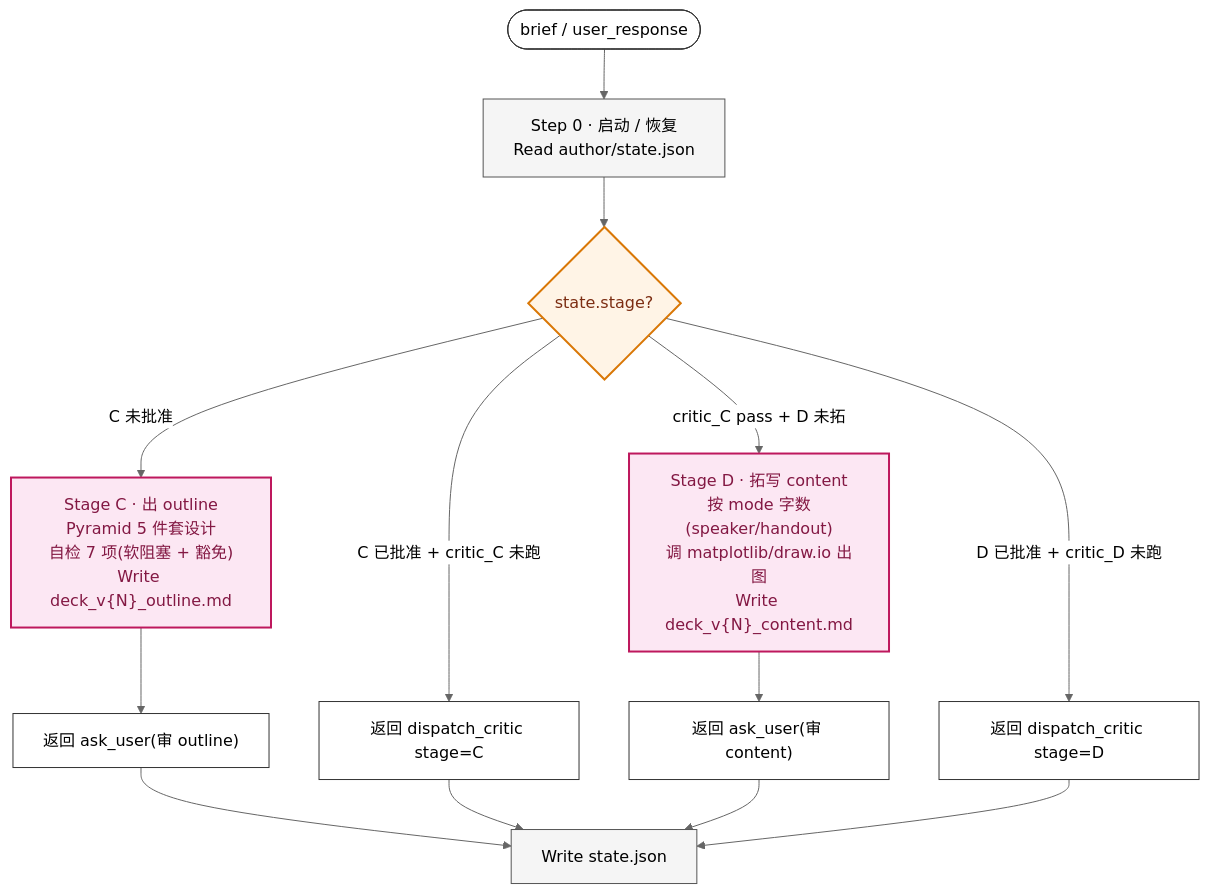
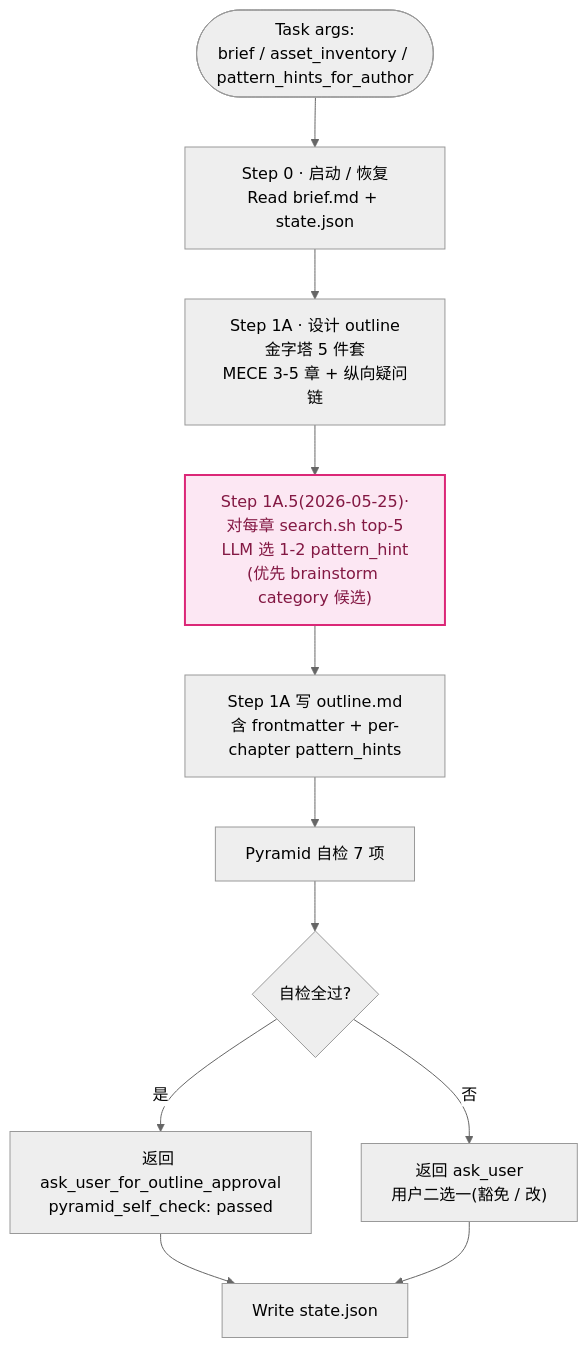
Before and after one commit to rogerluo2016ROL/iLovePPT: the seventh of 11 diagrams in docs/agent-internals.zh.md, drawn with Mermaid (neutral theme). The commit also changed other lines of this file, not shown here.

First line of the commit message:
docs(agent-internals): rewrite by capability axis (v2) + all flowcharts to mermaid

````diff
--- a/docs/agent-internals.zh.md
+++ b/docs/agent-internals.zh.md
@@ -181,24 +650,17 @@
 ```mermaid
 flowchart TB
-    I([brief / user_response]) --> S0
-    S0["Step 0 · 启动 / 恢复<br/>Read author/state.json"] --> ST
-    ST{state.stage?}
-    ST -->|C 未批准| C["Stage C · 出 outline<br/>Pyramid 5 件套设计<br/>自检 7 项(软阻塞 + 豁免)<br/>Write deck_v{N}_outline.md"] --> AC["返回 ask_user(审 outline)"]
-    ST -->|C 已批准 + critic_C 未跑| DC["返回 dispatch_critic stage=C"]
-    ST -->|critic_C pass + D 未拓| D["Stage D · 拓写 content<br/>按 mode 字数(speaker/handout)<br/>调 matplotlib/draw.io 出图<br/>Write deck_v{N}_content.md"] --> AD["返回 ask_user(审 content)"]
-    ST -->|D 已批准 + critic_D 未跑| DD["返回 dispatch_critic stage=D"]
-    AC --> W["Write state.json"]
-    DC --> W
-    AD --> W
-    DD --> W
+    I([Task args:<br/>brief / asset_inventory / pattern_hints_for_author]) --> S0
+    S0["Step 0 · 启动 / 恢复<br/>Read brief.md + state.json"] --> S1
+    S1["Step 1A · 设计 outline<br/>金字塔 5 件套<br/>MECE 3-5 章 + 纵向疑问链"] --> S2
+    S2["Step 1A.5(2026-05-25)·<br/>对每章 search.sh top-5<br/>LLM 选 1-2 pattern_hint<br/>(优先 brainstorm category 候选)"]
+    S2 --> S3["Step 1A 写 outline.md<br/>含 frontmatter + per-chapter pattern_hints"]
+    S3 --> SP["Pyramid 自检 7 项"]
+    SP --> SD{自检全过?}
+    SD -->|是| OK["返回 ask_user_for_outline_approval<br/>pyramid_self_check: passed"]
+    SD -->|否| WA["返回 ask_user<br/>用户二选一(豁免 / 改)"]
+    OK --> WS["Write state.json"]
+    WA --> WS
 
-    classDef io fill:#FFF,stroke:#333
-    classDef step fill:#F5F5F5,stroke:#555
-    classDef gate fill:#FFF4E6,stroke:#D97706,stroke-width:2px,color:#7C2D12
-    classDef stage fill:#FCE7F3,stroke:#BE185D,stroke-width:2px,color:#831843
-
-    class I,AC,AD,DC,DD io
-    class S0,W step
-    class ST gate
-    class C,D stage
+    classDef rag fill:#FCE7F3,stroke:#DB2777,stroke-width:2px,color:#831843
+    class S2 rag
 ```
````
